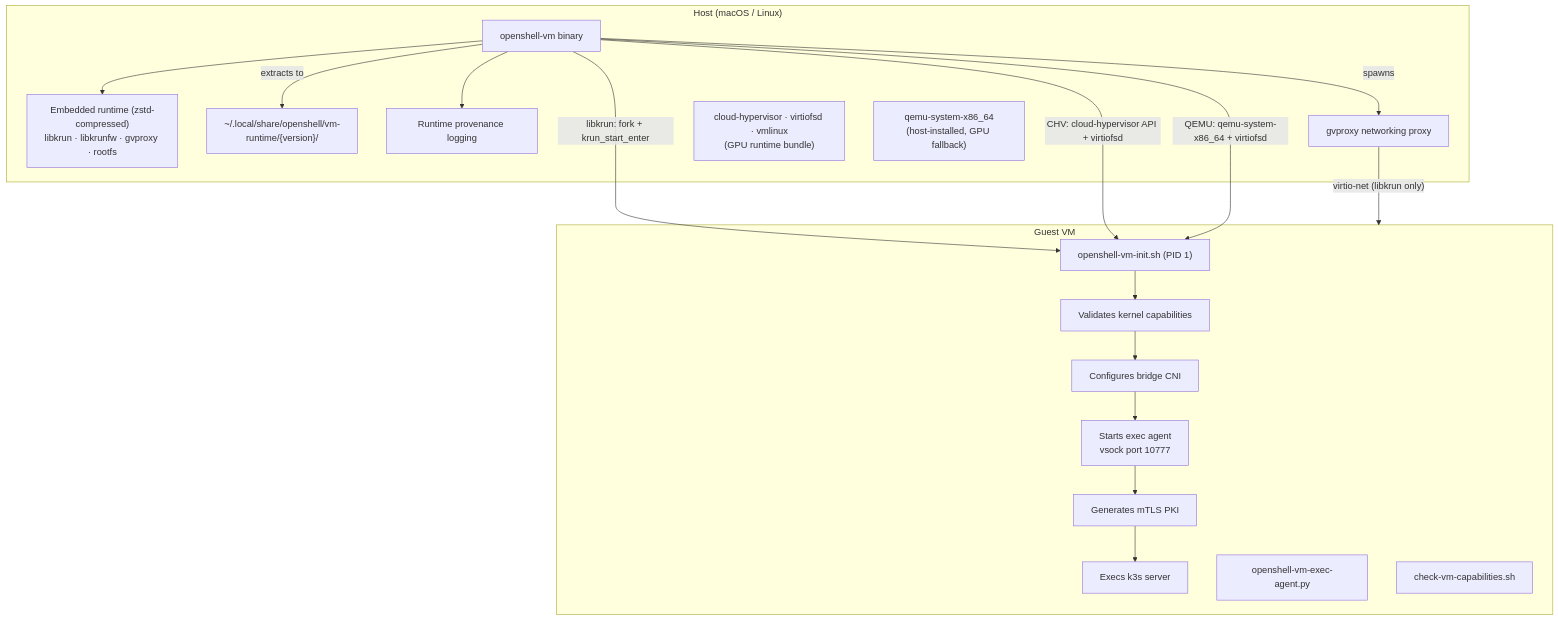
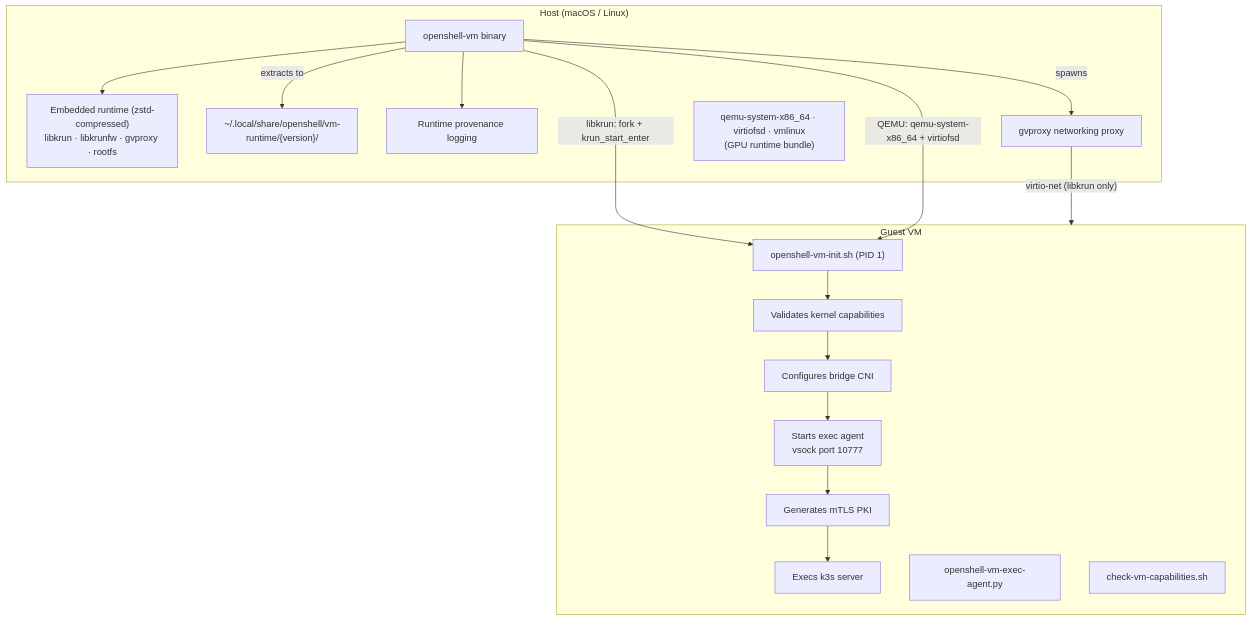
One commit to NVIDIA/OpenShell changed the first of 3 diagrams in architecture/custom-vm-runtime.md. Above: the diagram before and after it, drawn with Mermaid. The commit also changed other lines of this file and 26 other files, not shown here.

Commit message:
remove cloud-hypervisor

````diff
--- a/architecture/custom-vm-runtime.md
+++ b/architecture/custom-vm-runtime.md
@@ -36,35 +32,33 @@
 ```mermaid
 graph TD
     subgraph Host["Host (macOS / Linux)"]
         BIN[openshell-vm binary]
         EMB["Embedded runtime (zstd-compressed)\nlibkrun · libkrunfw · gvproxy · rootfs"]
         CACHE["~/.local/share/openshell/vm-runtime/{version}/"]
         PROV[Runtime provenance logging]
         GVP[gvproxy networking proxy]
-        CHV_BIN["cloud-hypervisor · virtiofsd · vmlinux\n(GPU runtime bundle)"]
-        QEMU_BIN["qemu-system-x86_64\n(host-installed, GPU fallback)"]
+        QEMU_BIN["qemu-system-x86_64 · virtiofsd · vmlinux\n(GPU runtime bundle)"]
 
         BIN --> EMB
         BIN -->|extracts to| CACHE
         BIN --> PROV
         BIN -->|spawns| GVP
     end
 
     subgraph Guest["Guest VM"]
         INIT["openshell-vm-init.sh (PID 1)"]
         VAL[Validates kernel capabilities]
         CNI[Configures bridge CNI]
         EXECA["Starts exec agent\nvsock port 10777"]
         PKI[Generates mTLS PKI]
         K3S[Execs k3s server]
         EXECPY["openshell-vm-exec-agent.py"]
         CHK["check-vm-capabilities.sh"]
 
         INIT --> VAL --> CNI --> EXECA --> PKI --> K3S
     end
 
     BIN -- "libkrun: fork + krun_start_enter" --> INIT
-    BIN -- "CHV: cloud-hypervisor API + virtiofsd" --> INIT
     BIN -- "QEMU: qemu-system-x86_64 + virtiofsd" --> INIT
     GVP -- "virtio-net (libkrun only)" --> Guest
 ```
````
